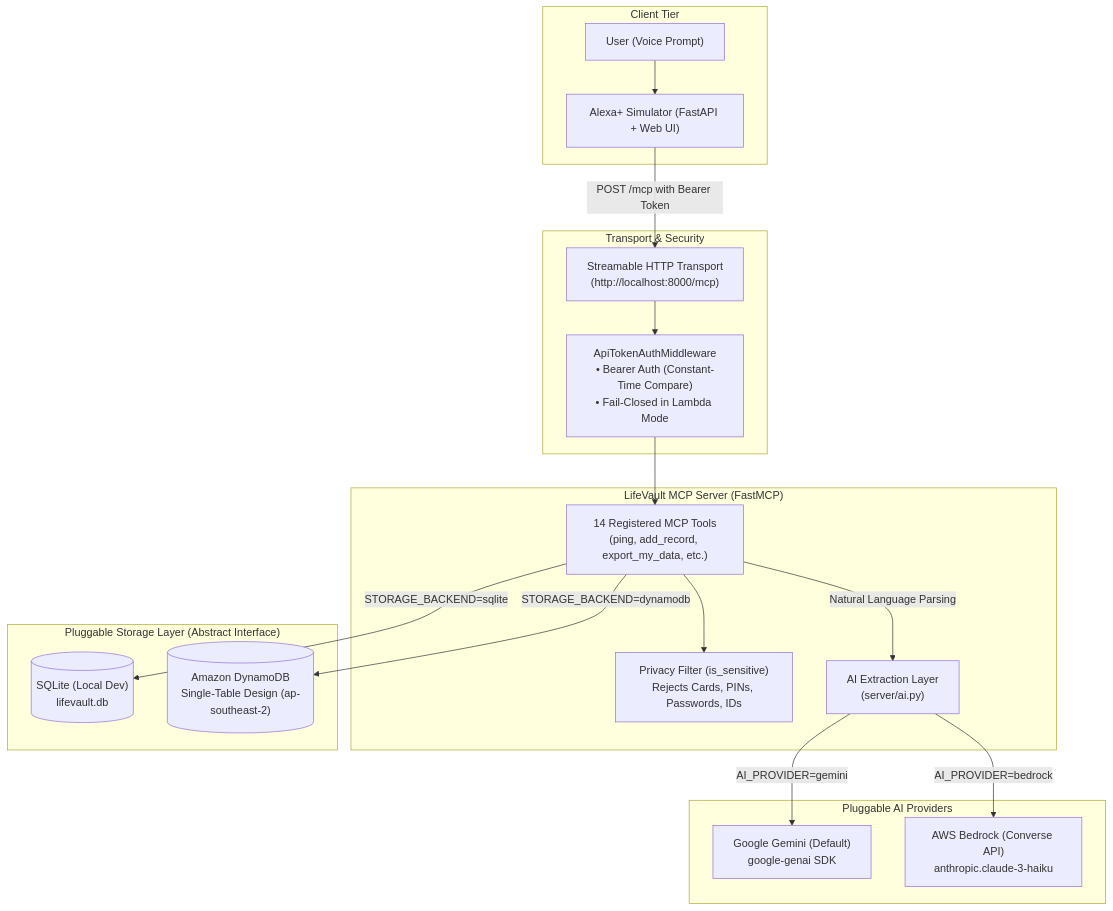
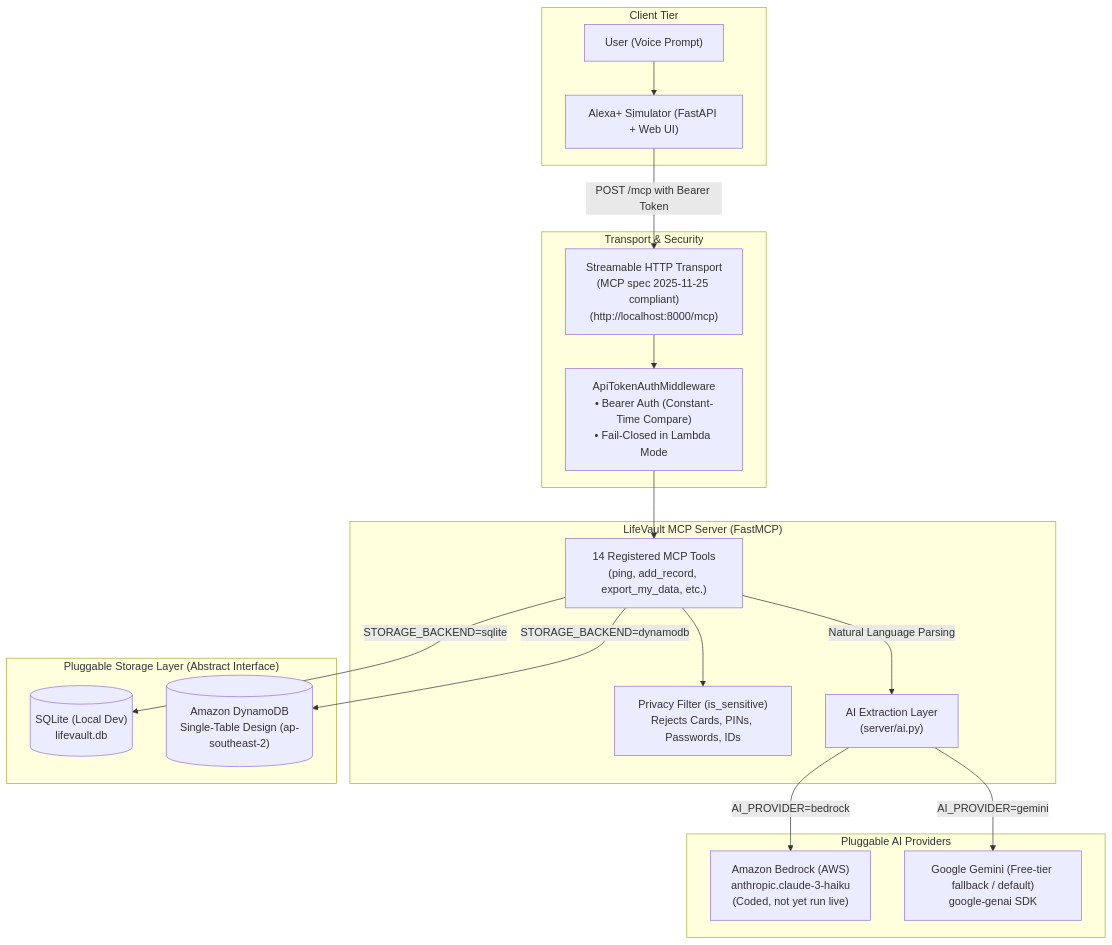
One commit to Adityasaini117/livevault changed the diagram in README.md. Above: the diagram before and after it, drawn with Mermaid. The commit also changed other lines of this file and 1 other file, not shown here.

````diff
--- a/README.md
+++ b/README.md
@@ -29,39 +32,39 @@
 ```mermaid
 flowchart TD
     subgraph Client["Client Tier"]
         VoiceUser["User (Voice Prompt)"]
         Simulator["Alexa+ Simulator (FastAPI + Web UI)"]
     end
 
     subgraph Transport["Transport & Security"]
-        StreamableHTTP["Streamable HTTP Transport<br/>(http://localhost:8000/mcp)"]
+        StreamableHTTP["Streamable HTTP Transport<br/>(MCP spec 2025-11-25 compliant)<br/>(http://localhost:8000/mcp)"]
         AuthMiddleware["ApiTokenAuthMiddleware<br/>• Bearer Auth (Constant-Time Compare)<br/>• Fail-Closed in Lambda Mode"]
     end
 
     subgraph MCPServer["LifeVault MCP Server (FastMCP)"]
         Tools["14 Registered MCP Tools<br/>(ping, add_record, export_my_data, etc.)"]
         PrivacyGuard["Privacy Filter (is_sensitive)<br/>Rejects Cards, PINs, Passwords, IDs"]
         AILayer["AI Extraction Layer<br/>(server/ai.py)"]
     end
 
     subgraph AIProviders["Pluggable AI Providers"]
-        Gemini["Google Gemini (Default)<br/>google-genai SDK"]
-        Bedrock["AWS Bedrock (Converse API)<br/>anthropic.claude-3-haiku"]
+        Bedrock["Amazon Bedrock (AWS)<br/>anthropic.claude-3-haiku<br/>(Coded, not yet run live)"]
+        Gemini["Google Gemini (Free-tier fallback / default)<br/>google-genai SDK"]
     end
 
     subgraph StorageBackends["Pluggable Storage Layer (Abstract Interface)"]
         SQLite[("SQLite (Local Dev)<br/>lifevault.db")]
         DynamoDB[("Amazon DynamoDB<br/>Single-Table Design (ap-southeast-2)")]
     end
 
     VoiceUser --> Simulator
     Simulator -->|POST /mcp with Bearer Token| StreamableHTTP
     StreamableHTTP --> AuthMiddleware
     AuthMiddleware --> Tools
     Tools --> PrivacyGuard
     Tools -->|Natural Language Parsing| AILayer
     AILayer -->|AI_PROVIDER=gemini| Gemini
     AILayer -->|AI_PROVIDER=bedrock| Bedrock
     Tools -->|STORAGE_BACKEND=sqlite| SQLite
     Tools -->|STORAGE_BACKEND=dynamodb| DynamoDB
 ```
````
